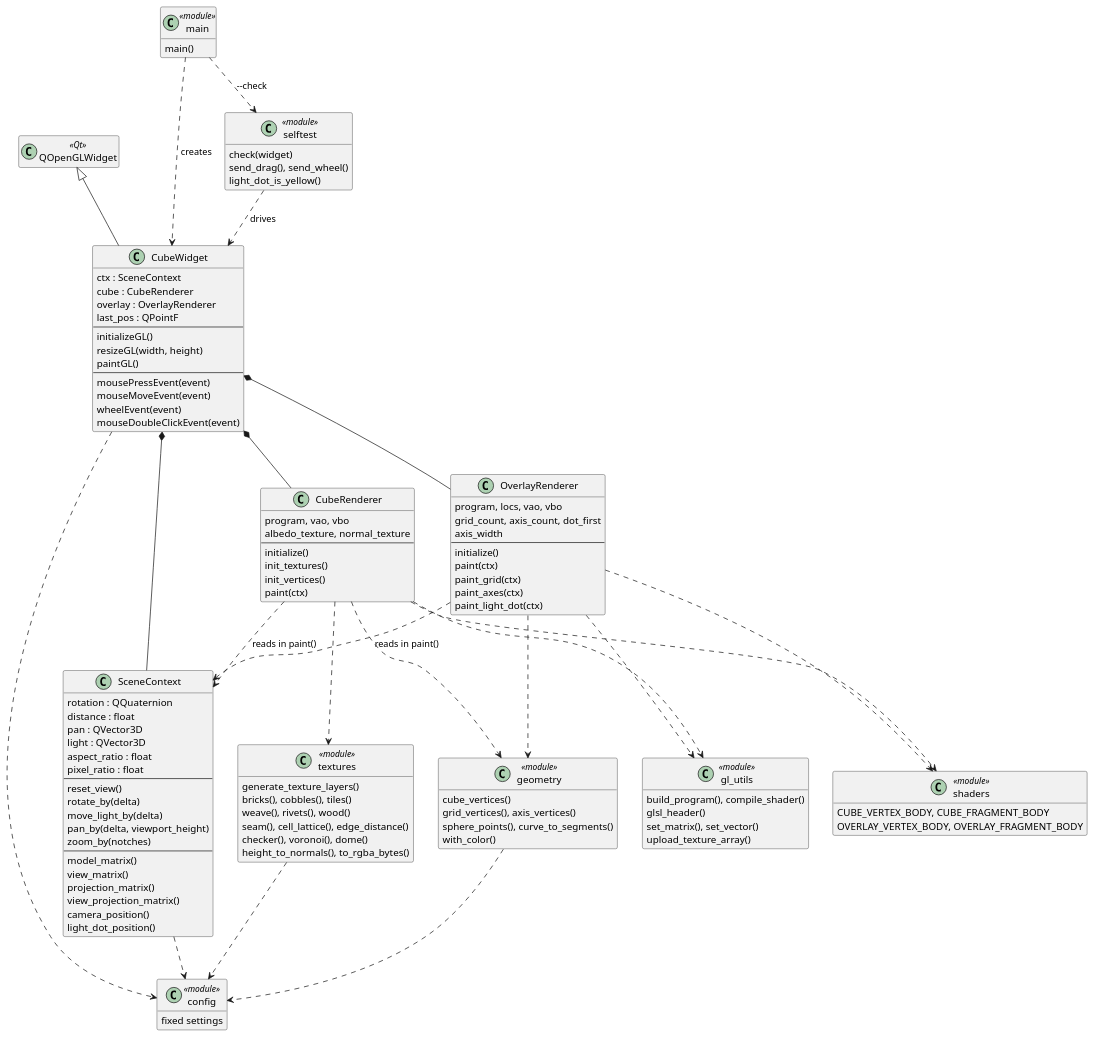
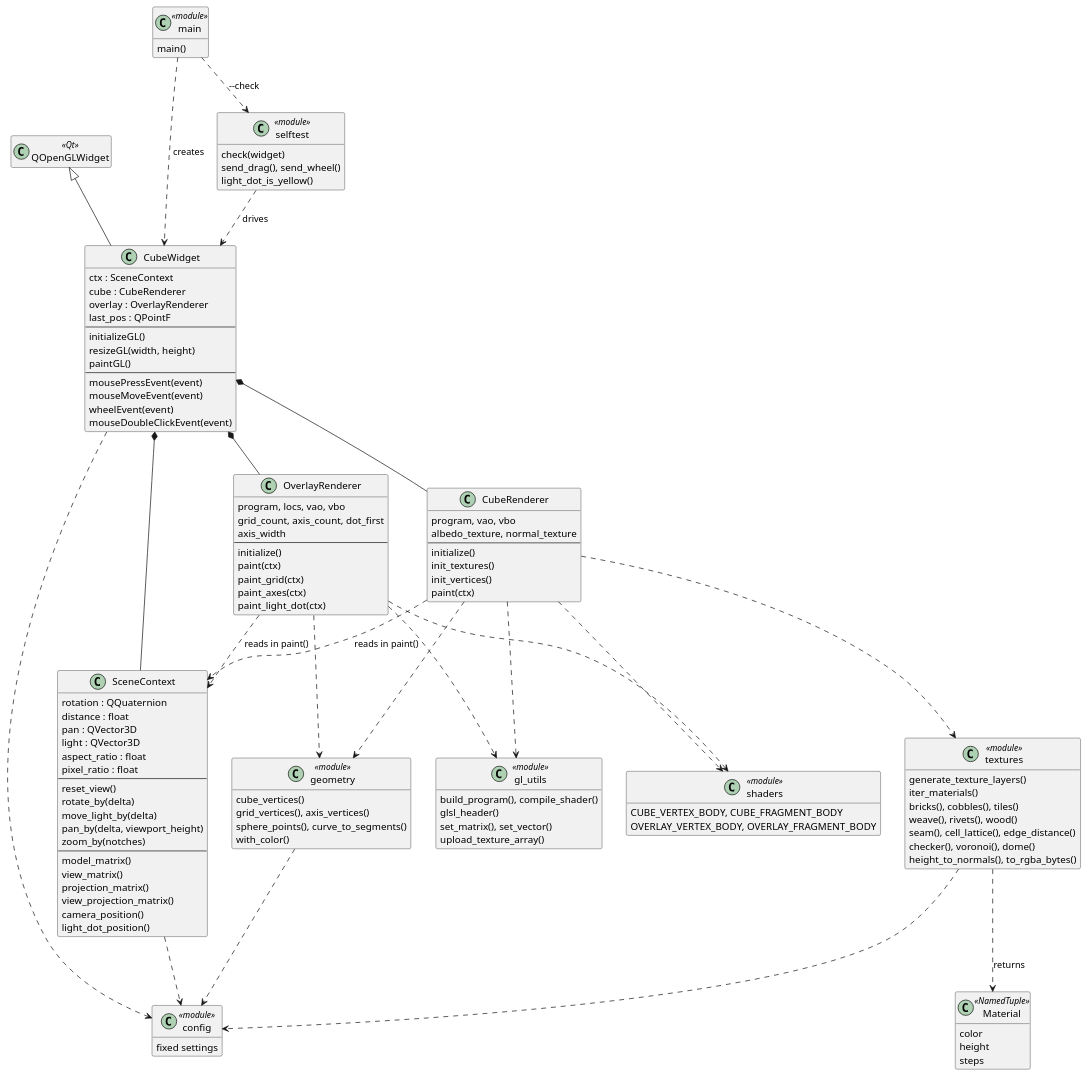
Before and after one commit to esba1ley/opengl_python_qt6_test: the diagram in docs/diagrams/classes.puml, drawn with PlantUML. The commit also changed 3 other files, not shown here.

First line of the commit message:
refactor(textures): record each material's steps

```diff
--- a/docs/diagrams/classes.puml
+++ b/docs/diagrams/classes.puml
@@ -1,128 +1,136 @@
 @startuml classes
 ' Class diagram: who owns what, and which modules each class leans on.
 ' Function-only modules are drawn as <<module>> boxes listing their public
 ' functions. Keep in step with src/; see .claude/CLAUDE.md.
 skinparam classAttributeIconSize 0
 skinparam shadowing false
 hide empty members
 
 class QOpenGLWidget <<Qt>>
 
 class CubeWidget {
   ctx : SceneContext
   cube : CubeRenderer
   overlay : OverlayRenderer
   last_pos : QPointF
   --
   initializeGL()
   resizeGL(width, height)
   paintGL()
   --
   mousePressEvent(event)
   mouseMoveEvent(event)
   wheelEvent(event)
   mouseDoubleClickEvent(event)
 }
 
 class SceneContext {
   rotation : QQuaternion
   distance : float
   pan : QVector3D
   light : QVector3D
   aspect_ratio : float
   pixel_ratio : float
   --
   reset_view()
   rotate_by(delta)
   move_light_by(delta)
   pan_by(delta, viewport_height)
   zoom_by(notches)
   --
   model_matrix()
   view_matrix()
   projection_matrix()
   view_projection_matrix()
   camera_position()
   light_dot_position()
 }
 
 class CubeRenderer {
   program, vao, vbo
   albedo_texture, normal_texture
   --
   initialize()
   init_textures()
   init_vertices()
   paint(ctx)
 }
 
 class OverlayRenderer {
   program, locs, vao, vbo
   grid_count, axis_count, dot_first
   axis_width
   --
   initialize()
   paint(ctx)
   paint_grid(ctx)
   paint_axes(ctx)
   paint_light_dot(ctx)
 }
 
 class main <<module>> {
   main()
 }
 class selftest <<module>> {
   check(widget)
   send_drag(), send_wheel()
   light_dot_is_yellow()
 }
 class gl_utils <<module>> {
   build_program(), compile_shader()
   glsl_header()
   set_matrix(), set_vector()
   upload_texture_array()
 }
 class geometry <<module>> {
   cube_vertices()
   grid_vertices(), axis_vertices()
   sphere_points(), curve_to_segments()
   with_color()
 }
 class textures <<module>> {
   generate_texture_layers()
+  iter_materials()
   bricks(), cobbles(), tiles()
   weave(), rivets(), wood()
   seam(), cell_lattice(), edge_distance()
   checker(), voronoi(), dome()
   height_to_normals(), to_rgba_bytes()
 }
+class Material <<NamedTuple>> {
+  color
+  height
+  steps
+}
+
 class shaders <<module>> {
   CUBE_VERTEX_BODY, CUBE_FRAGMENT_BODY
   OVERLAY_VERTEX_BODY, OVERLAY_FRAGMENT_BODY
 }
 class config <<module>> {
   fixed settings
 }
 
+textures ..> Material : returns
 QOpenGLWidget <|-- CubeWidget
 CubeWidget *-- SceneContext
 CubeWidget *-- CubeRenderer
 CubeWidget *-- OverlayRenderer
 main ..> CubeWidget : creates
 main ..> selftest : --check
 selftest ..> CubeWidget : drives
 
 CubeRenderer ..> SceneContext : reads in paint()
 OverlayRenderer ..> SceneContext : reads in paint()
 CubeRenderer ..> gl_utils
 CubeRenderer ..> geometry
 CubeRenderer ..> textures
 CubeRenderer ..> shaders
 OverlayRenderer ..> gl_utils
 OverlayRenderer ..> geometry
 OverlayRenderer ..> shaders
 SceneContext ..> config
 CubeWidget ..> config
 geometry ..> config
 textures ..> config
 @enduml
```
